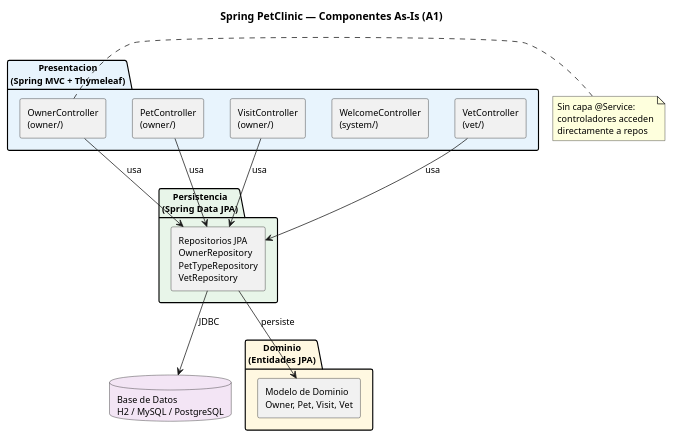
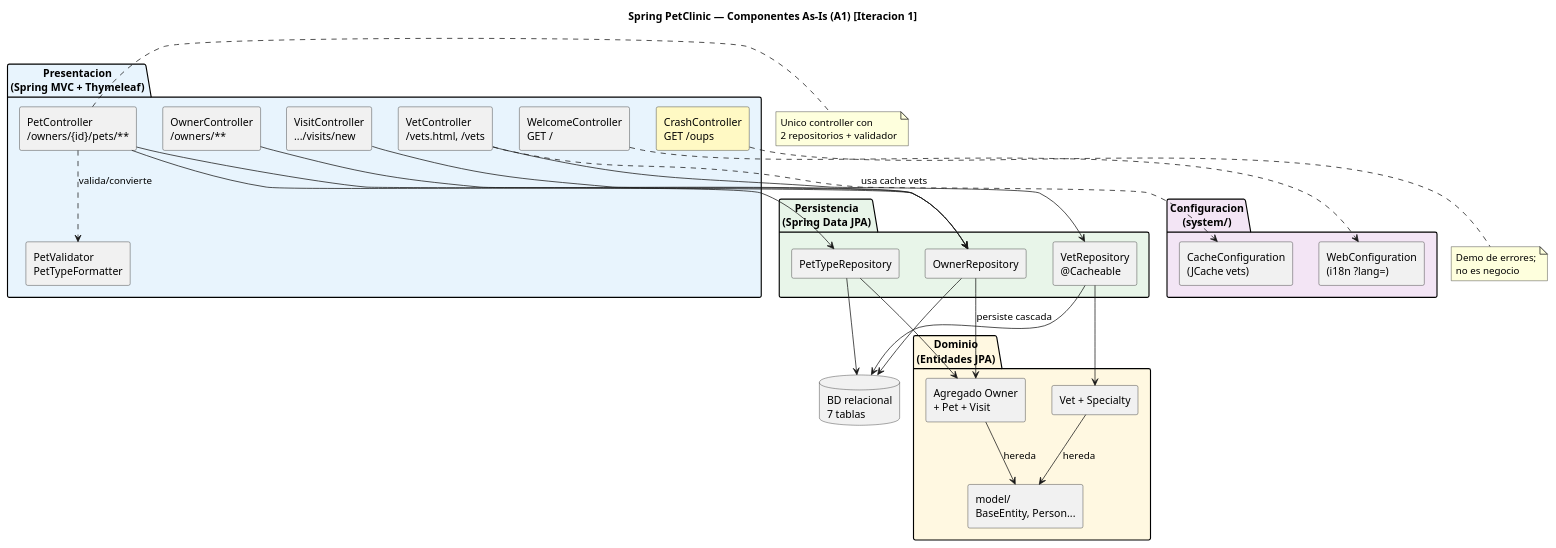
One commit to martin-hendricks/spring-petclinic changed the diagram in docs/plantuml/01-componentes-as-is.puml. Above: the diagram before and after it, drawn with PlantUML. The commit also changed 16 other files, not shown here.

```diff
--- a/docs/plantuml/01-componentes-as-is.puml
+++ b/docs/plantuml/01-componentes-as-is.puml
@@ -1,38 +1,62 @@
 @startuml 01-componentes-as-is
-title Spring PetClinic — Componentes As-Is (A1)
+title Spring PetClinic — Componentes As-Is (A1) [Iteracion 1]
 skinparam componentStyle rectangle
 skinparam shadowing false
-skinparam defaultFontSize 12
 
 package "Presentacion\n(Spring MVC + Thymeleaf)" #E8F4FD {
-  component "WelcomeController\n(system/)" as WC
-  component "OwnerController\n(owner/)" as OC
-  component "PetController\n(owner/)" as PC
-  component "VisitController\n(owner/)" as VC
-  component "VetController\n(vet/)" as VTC
+  component "WelcomeController\nGET /" as WC
+  component "OwnerController\n/owners/**" as OC
+  component "PetController\n/owners/{id}/pets/**" as PC
+  component "VisitController\n.../visits/new" as VC
+  component "VetController\n/vets.html, /vets" as VTC
+  component "CrashController\nGET /oups" as CC #FFF9C4
+  component "PetValidator\nPetTypeFormatter" as VAL
+}
+
+package "Configuracion\n(system/)" #F3E5F5 {
+  component "WebConfiguration\n(i18n ?lang=)" as I18N
+  component "CacheConfiguration\n(JCache vets)" as CACHE
 }
 
 package "Dominio\n(Entidades JPA)" #FFF8E1 {
-  component "Modelo de Dominio\nOwner, Pet, Visit, Vet" as DOMAIN
+  component "Agregado Owner\n+ Pet + Visit" as AGG_OWNER
+  component "Vet + Specialty" as AGG_VET
+  component "model/\nBaseEntity, Person..." as MODEL
 }
 
 package "Persistencia\n(Spring Data JPA)" #E8F5E9 {
-  component "Repositorios JPA\nOwnerRepository\nPetTypeRepository\nVetRepository" as REPO
+  component "OwnerRepository" as OR
+  component "PetTypeRepository" as PTR
+  component "VetRepository\n@Cacheable" as VR
 }
 
-database "Base de Datos\nH2 / MySQL / PostgreSQL" as DB #F3E5F5
+database "BD relacional\n7 tablas" as DB
 
-OC --> REPO : usa
-PC --> REPO : usa
-VC --> REPO : usa
-VTC --> REPO : usa
-REPO --> DOMAIN : persiste
-REPO --> DB : JDBC
+OC --> OR
+PC --> OR
+PC --> PTR
+PC ..> VAL : valida/convierte
+VC --> OR
+VTC --> VR
+OR --> AGG_OWNER : persiste cascada
+PTR --> AGG_OWNER
+VR --> AGG_VET
+AGG_OWNER --> MODEL : hereda
+AGG_VET --> MODEL : hereda
+OR --> DB
+PTR --> DB
+VR --> DB
+VTC ..> CACHE : usa cache vets
+WC ..> I18N
 
-note right of OC
-  Sin capa @Service:
-  controladores acceden
-  directamente a repos
+note right of PC
+  Unico controller con
+  2 repositorios + validador
+end note
+
+note bottom of CC
+  Demo de errores;
+  no es negocio
 end note
 
 @enduml
```
